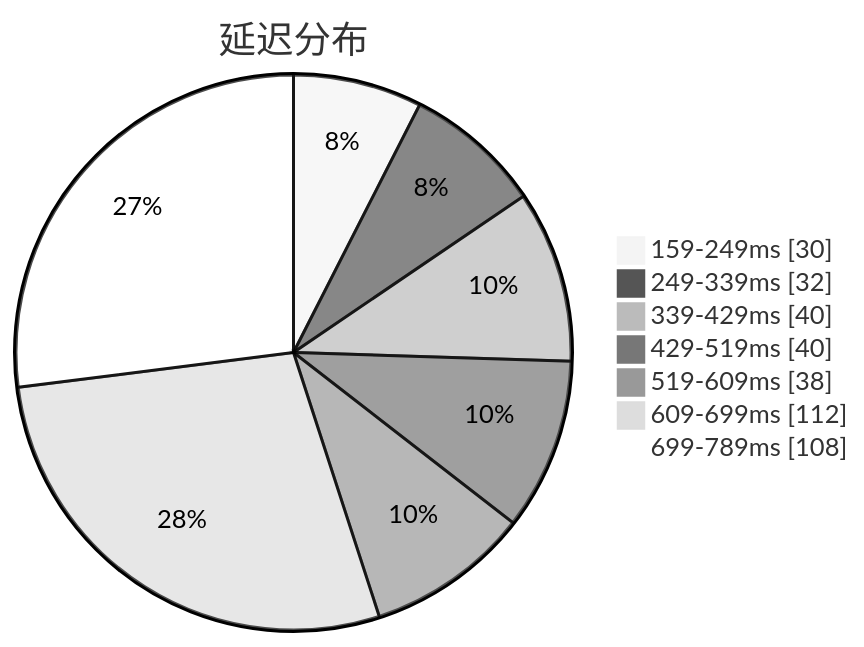
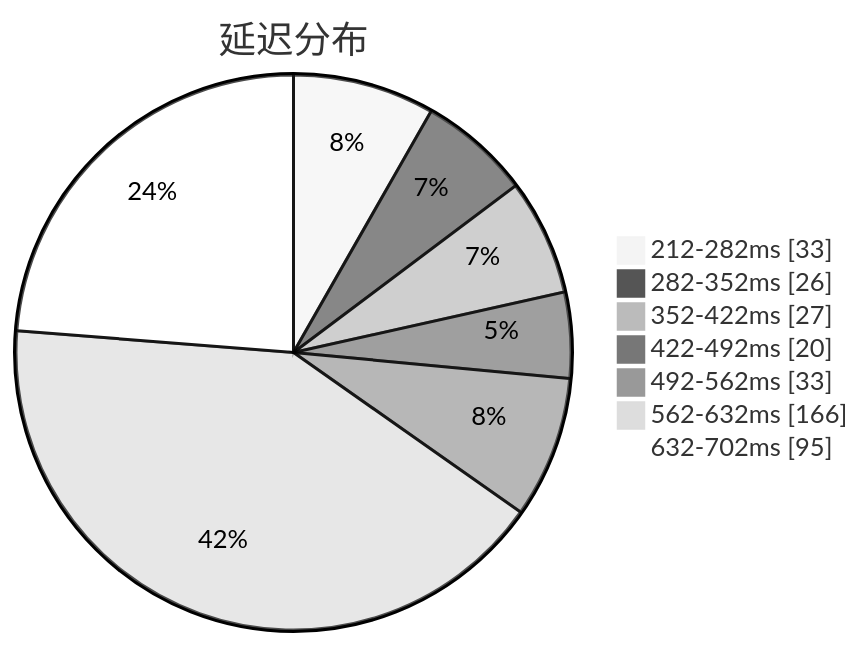
One commit to qjlxg/airport changed the first of 3 diagrams in subs/statistics/tested_within.md. Above: the diagram before and after it, drawn with Mermaid (neutral theme). The commit also changed other lines of this file and 2 other files, not shown here.

Commit message:
Tested by metaST

````diff
--- a/subs/statistics/tested_within.md
+++ b/subs/statistics/tested_within.md
@@ -2,11 +2,11 @@
 ```mermaid
 pie showData
 title 延迟分布
-"159-249ms" : 30
-"249-339ms" : 32
-"339-429ms" : 40
-"429-519ms" : 40
-"519-609ms" : 38
-"609-699ms" : 112
-"699-789ms" : 108
+"212-282ms" : 33
+"282-352ms" : 26
+"352-422ms" : 27
+"422-492ms" : 20
+"492-562ms" : 33
+"562-632ms" : 166
+"632-702ms" : 95
 ```
````
